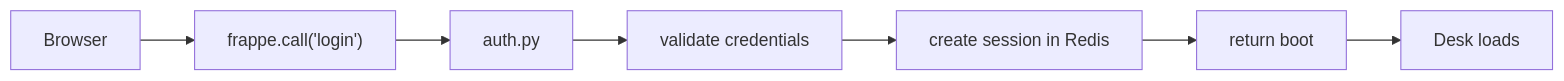
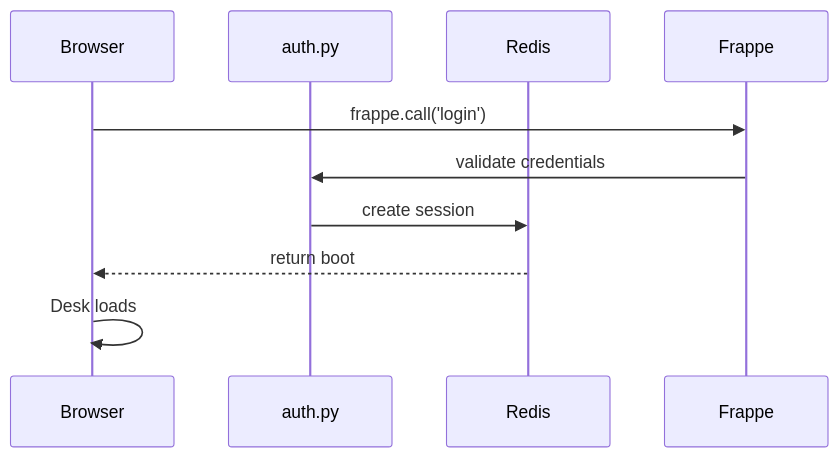
Before and after one commit to mohsinalimat/erpnext_user_guide: the first of 3 diagrams in docs/knowledge_base/frappe_architecture_handbook.md, drawn with Mermaid. The commit also changed other lines of this file, not shown here.

Commit message:
change to sequenceDiagram

````diff
--- a/docs/knowledge_base/frappe_architecture_handbook.md
+++ b/docs/knowledge_base/frappe_architecture_handbook.md
@@ -763,4 +763,11 @@
 ```mermaid
-graph LR
-    A[Browser] --> B["frappe.call('login')"] --> C["auth.py"] --> D["validate credentials"] --> E["create session in Redis"] --> F["return boot"] --> G["Desk loads"]
+sequenceDiagram
+    participant Browser
+    participant auth.py
+    participant Redis
+    Browser->>Frappe: frappe.call('login')
+    Frappe->>auth.py: validate credentials
+    auth.py->>Redis: create session
+    Redis-->>Browser: return boot
+    Browser->>Browser: Desk loads
 ```
````
